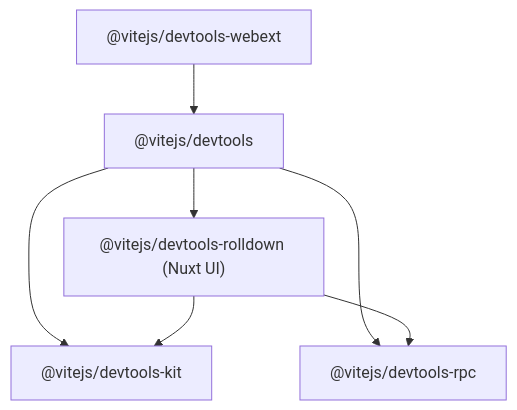
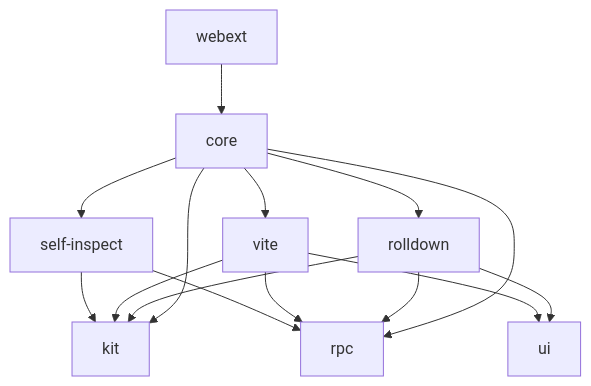
The diagram in AGENTS.md (vitejs/devtools), drawn with Mermaid before and after one commit. The commit also changed other lines of this file, not shown here.

````diff
--- a/AGENTS.md
+++ b/AGENTS.md
@@ -17,9 +24,9 @@
 ```mermaid
 flowchart TD
-  core["@vitejs/devtools"] --> kit["@vitejs/devtools-kit"]
-  core --> rpc["@vitejs/devtools-rpc"]
-  core --> rolldownUI["@vitejs/devtools-rolldown (Nuxt UI)"]
-  rolldownUI --> kit
-  rolldownUI --> rpc
-  webext["@vitejs/devtools-webext"] --> core
+  core["core"] --> kit & rpc
+  core --> rolldown & vite & self-inspect
+  rolldown --> kit & rpc & ui
+  vite --> kit & rpc & ui
+  self-inspect --> kit & rpc
+  webext --> core
 ```
````
